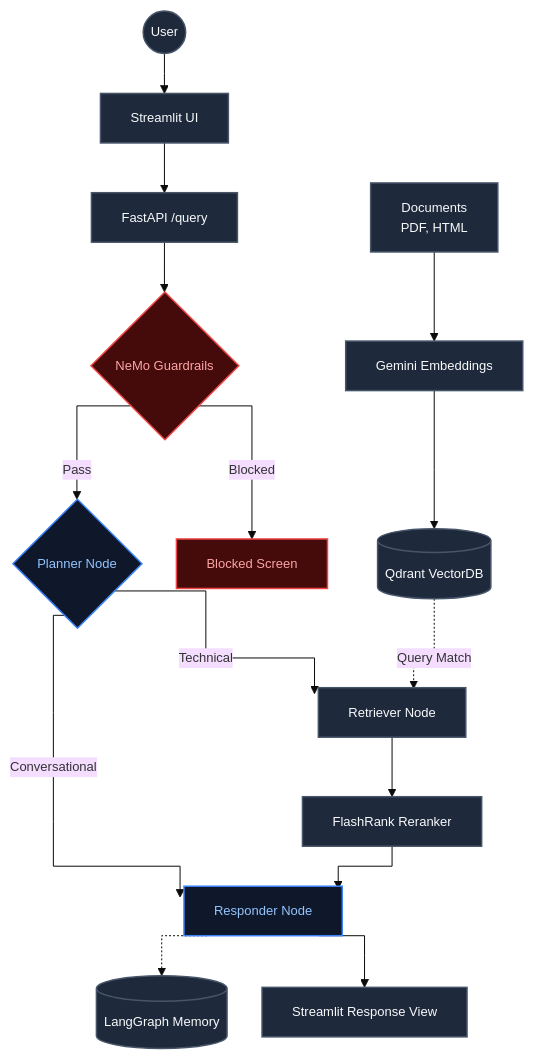
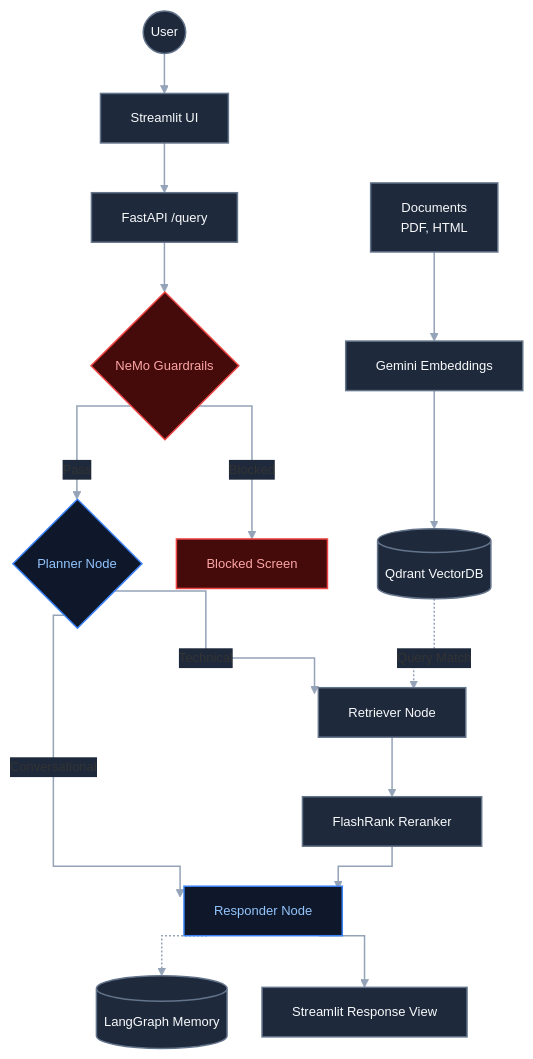
The diagram in README.md (poojith123/Enterprise-technical-support-Agentic-RAG-chatbot), drawn with Mermaid before and after one commit.

Commit message:
Updated architecture diagram

````diff
--- a/README.md
+++ b/README.md
@@ -7,34 +7,50 @@
 ```mermaid
-%%{init: {'theme': 'base', 'themeVariables': { 'fontSize': '13px'}, 'flowchart': {'curve': 'stepAfter', 'nodeSpacing': 35, 'rankSpacing': 40}}}%%
+%%{init: {
+  'theme': 'base',
+  'themeVariables': {
+    'fontSize': '13px',
+    'lineColor': '#94A3B8',
+    'edgeLabelBackground': '#1E293B',
+    'textColor': '#E2E8F0'
+  },
+  'flowchart': {
+    'curve': 'stepAfter',
+    'nodeSpacing': 35,
+    'rankSpacing': 40
+  }
+}}%%
 graph TD
-    %% 3-Color Clean Palette: Slate (Default), Blue (Core Agent), Rose (Alert)
-    classDef default fill:#1E293B,stroke:#475569,stroke-width:1.5px,color:#F8FAFC;
+    %% 3-Color High-Contrast Palette
+    classDef default fill:#1E293B,stroke:#64748B,stroke-width:1.5px,color:#F8FAFC;
     classDef core fill:#0F172A,stroke:#3B82F6,stroke-width:1.5px,color:#93C5FD;
     classDef alert fill:#450A0A,stroke:#EF4444,stroke-width:1.5px,color:#FCA5A5;
+
+    %% Global Line Styling (Bright Slate for dark backgrounds)
+    linkStyle default stroke:#94A3B8,stroke-width:1.5px;
 
     %% Ingestion Pipeline (Feeds Qdrant)
     Docs[Documents<br/>PDF, HTML]:::default --> Embed[Gemini Embeddings]:::default
     Embed --> DB[(Qdrant VectorDB)]:::default
 
     %% User Request Flow
     User((User)):::default --> UI[Streamlit UI]:::default
     UI --> API[FastAPI /query]:::default
     API --> Guard{NeMo Guardrails}:::alert
 
     %% Guardrail Decisions
     Guard -->|Blocked| BlockedMsg[Blocked Screen]:::alert
     Guard -->|Pass| Planner{Planner Node}:::core
 
     %% Planner Routing
     Planner -->|Conversational| Responder[Responder Node]:::core
     Planner -->|Technical| Retriever[Retriever Node]:::default
 
     %% Retrieval & Reranking
     DB -.->|Query Match| Retriever
     Retriever --> Reranker[FlashRank Reranker]:::default
     Reranker --> Responder
 
     %% Response Delivery & State
     Responder -.-> Memory[(LangGraph Memory)]:::default
     Responder --> Out[Streamlit Response View]:::default
 ```
````
